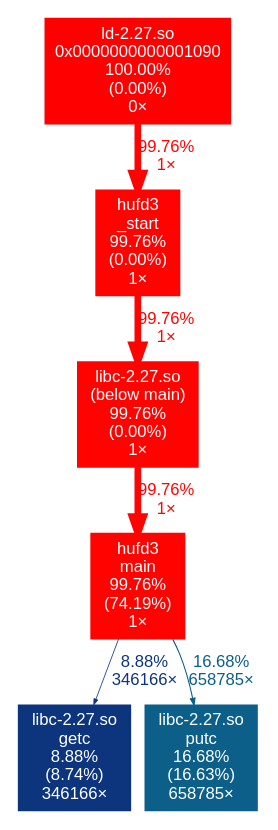
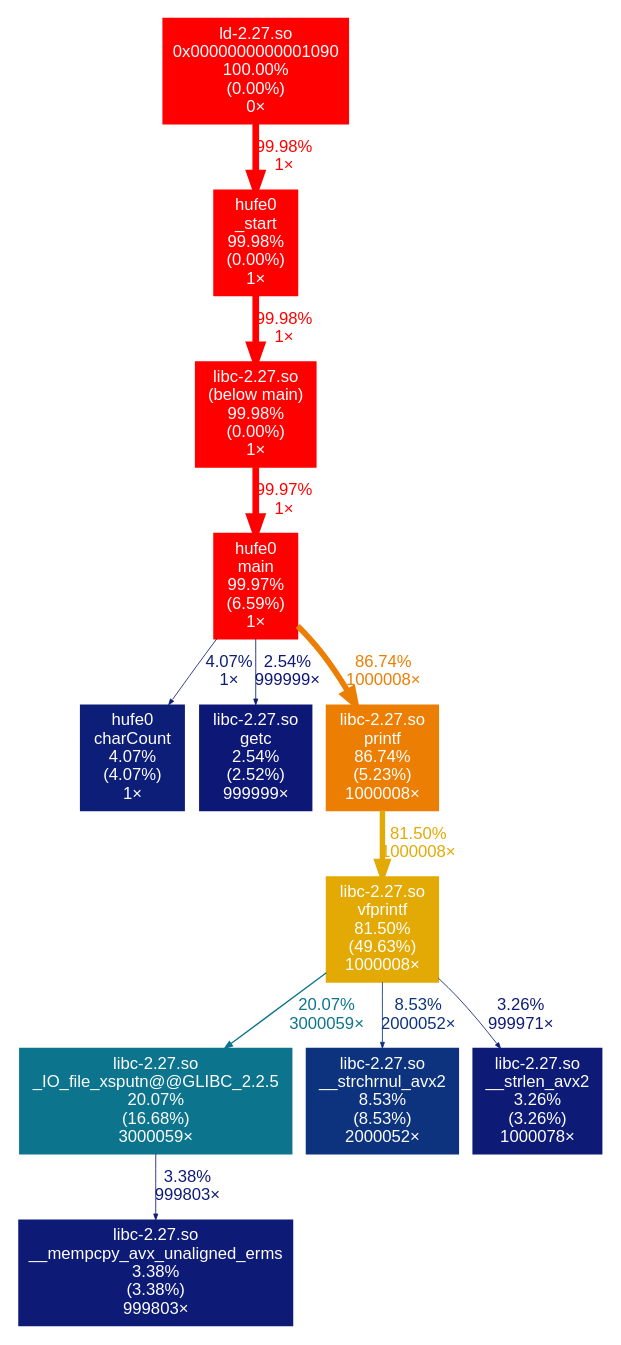
Before and after one commit to kxshao/seng440: the diagram in out.dot, drawn with Graphviz. The commit also changed 8 other files, not shown here.

```diff
--- a/out.dot
+++ b/out.dot
@@ -1,16 +1,28 @@
 digraph {
 	graph [fontname=Arial, nodesep=0.125, ranksep=0.25];
 	node [fontcolor=white, fontname=Arial, height=0, shape=box, style=filled, width=0];
 	edge [fontname=Arial];
-	"(below main)" [color="#ff0300", fontcolor="#ffffff", fontsize="10.00", label="libc-2.27.so\n(below main)\n99.76%\n(0.00%)\n1×"];
-	"(below main)" -> main [arrowsize="1.00", color="#ff0300", fontcolor="#ff0300", fontsize="10.00", label="99.76%\n1×", labeldistance="3.99", penwidth="3.99"];
+	"(below main)" [color="#ff0000", fontcolor="#ffffff", fontsize="10.00", label="libc-2.27.so\n(below main)\n99.98%\n(0.00%)\n1×"];
+	"(below main)" -> main [arrowsize="1.00", color="#ff0000", fontcolor="#ff0000", fontsize="10.00", label="99.97%\n1×", labeldistance="4.00", penwidth="4.00"];
 	"0x0000000000001090" [color="#ff0000", fontcolor="#ffffff", fontsize="10.00", label="ld-2.27.so\n0x0000000000001090\n100.00%\n(0.00%)\n0×"];
-	"0x0000000000001090" -> "_start" [arrowsize="1.00", color="#ff0300", fontcolor="#ff0300", fontsize="10.00", label="99.76%\n1×", labeldistance="3.99", penwidth="3.99"];
-	"_start" [color="#ff0300", fontcolor="#ffffff", fontsize="10.00", label="hufd3\n_start\n99.76%\n(0.00%)\n1×"];
-	"_start" -> "(below main)" [arrowsize="1.00", color="#ff0300", fontcolor="#ff0300", fontsize="10.00", label="99.76%\n1×", labeldistance="3.99", penwidth="3.99"];
-	getc [color="#0d357e", fontcolor="#ffffff", fontsize="10.00", label="libc-2.27.so\ngetc\n8.88%\n(8.74%)\n346166×"];
-	main [color="#ff0300", fontcolor="#ffffff", fontsize="10.00", label="hufd3\nmain\n99.76%\n(74.19%)\n1×"];
-	main -> getc [arrowsize="0.35", color="#0d357e", fontcolor="#0d357e", fontsize="10.00", label="8.88%\n346166×", labeldistance="0.50", penwidth="0.50"];
-	main -> putc [arrowsize="0.41", color="#0c5f88", fontcolor="#0c5f88", fontsize="10.00", label="16.68%\n658785×", labeldistance="0.67", penwidth="0.67"];
-	putc [color="#0c5f88", fontcolor="#ffffff", fontsize="10.00", label="libc-2.27.so\nputc\n16.68%\n(16.63%)\n658785×"];
+	"0x0000000000001090" -> "_start" [arrowsize="1.00", color="#ff0000", fontcolor="#ff0000", fontsize="10.00", label="99.98%\n1×", labeldistance="4.00", penwidth="4.00"];
+	"_IO_file_xsputn@@GLIBC_2.2.5" [color="#0c748d", fontcolor="#ffffff", fontsize="10.00", label="libc-2.27.so\n_IO_file_xsputn@@GLIBC_2.2.5\n20.07%\n(16.68%)\n3000059×"];
+	"_IO_file_xsputn@@GLIBC_2.2.5" -> "__mempcpy_avx_unaligned_erms" [arrowsize="0.35", color="#0d1b77", fontcolor="#0d1b77", fontsize="10.00", label="3.38%\n999803×", labeldistance="0.50", penwidth="0.50"];
+	"__mempcpy_avx_unaligned_erms" [color="#0d1b77", fontcolor="#ffffff", fontsize="10.00", label="libc-2.27.so\n__mempcpy_avx_unaligned_erms\n3.38%\n(3.38%)\n999803×"];
+	"__strchrnul_avx2" [color="#0d337e", fontcolor="#ffffff", fontsize="10.00", label="libc-2.27.so\n__strchrnul_avx2\n8.53%\n(8.53%)\n2000052×"];
+	"__strlen_avx2" [color="#0d1b77", fontcolor="#ffffff", fontsize="10.00", label="libc-2.27.so\n__strlen_avx2\n3.26%\n(3.26%)\n1000078×"];
+	"_start" [color="#ff0000", fontcolor="#ffffff", fontsize="10.00", label="hufe0\n_start\n99.98%\n(0.00%)\n1×"];
+	"_start" -> "(below main)" [arrowsize="1.00", color="#ff0000", fontcolor="#ff0000", fontsize="10.00", label="99.98%\n1×", labeldistance="4.00", penwidth="4.00"];
+	charCount [color="#0d1e78", fontcolor="#ffffff", fontsize="10.00", label="hufe0\ncharCount\n4.07%\n(4.07%)\n1×"];
+	getc [color="#0d1776", fontcolor="#ffffff", fontsize="10.00", label="libc-2.27.so\ngetc\n2.54%\n(2.52%)\n999999×"];
+	main [color="#ff0000", fontcolor="#ffffff", fontsize="10.00", label="hufe0\nmain\n99.97%\n(6.59%)\n1×"];
+	main -> charCount [arrowsize="0.35", color="#0d1e78", fontcolor="#0d1e78", fontsize="10.00", label="4.07%\n1×", labeldistance="0.50", penwidth="0.50"];
+	main -> getc [arrowsize="0.35", color="#0d1776", fontcolor="#0d1776", fontsize="10.00", label="2.54%\n999999×", labeldistance="0.50", penwidth="0.50"];
+	main -> printf [arrowsize="0.93", color="#eb7e03", fontcolor="#eb7e03", fontsize="10.00", label="86.74%\n1000008×", labeldistance="3.47", penwidth="3.47"];
+	printf [color="#eb7e03", fontcolor="#ffffff", fontsize="10.00", label="libc-2.27.so\nprintf\n86.74%\n(5.23%)\n1000008×"];
+	printf -> vfprintf [arrowsize="0.90", color="#e3a904", fontcolor="#e3a904", fontsize="10.00", label="81.50%\n1000008×", labeldistance="3.26", penwidth="3.26"];
+	vfprintf [color="#e3a904", fontcolor="#ffffff", fontsize="10.00", label="libc-2.27.so\nvfprintf\n81.50%\n(49.63%)\n1000008×"];
+	vfprintf -> "_IO_file_xsputn@@GLIBC_2.2.5" [arrowsize="0.45", color="#0c748d", fontcolor="#0c748d", fontsize="10.00", label="20.07%\n3000059×", labeldistance="0.80", penwidth="0.80"];
+	vfprintf -> "__strchrnul_avx2" [arrowsize="0.35", color="#0d337e", fontcolor="#0d337e", fontsize="10.00", label="8.53%\n2000052×", labeldistance="0.50", penwidth="0.50"];
+	vfprintf -> "__strlen_avx2" [arrowsize="0.35", color="#0d1b77", fontcolor="#0d1b77", fontsize="10.00", label="3.26%\n999971×", labeldistance="0.50", penwidth="0.50"];
 }
```
